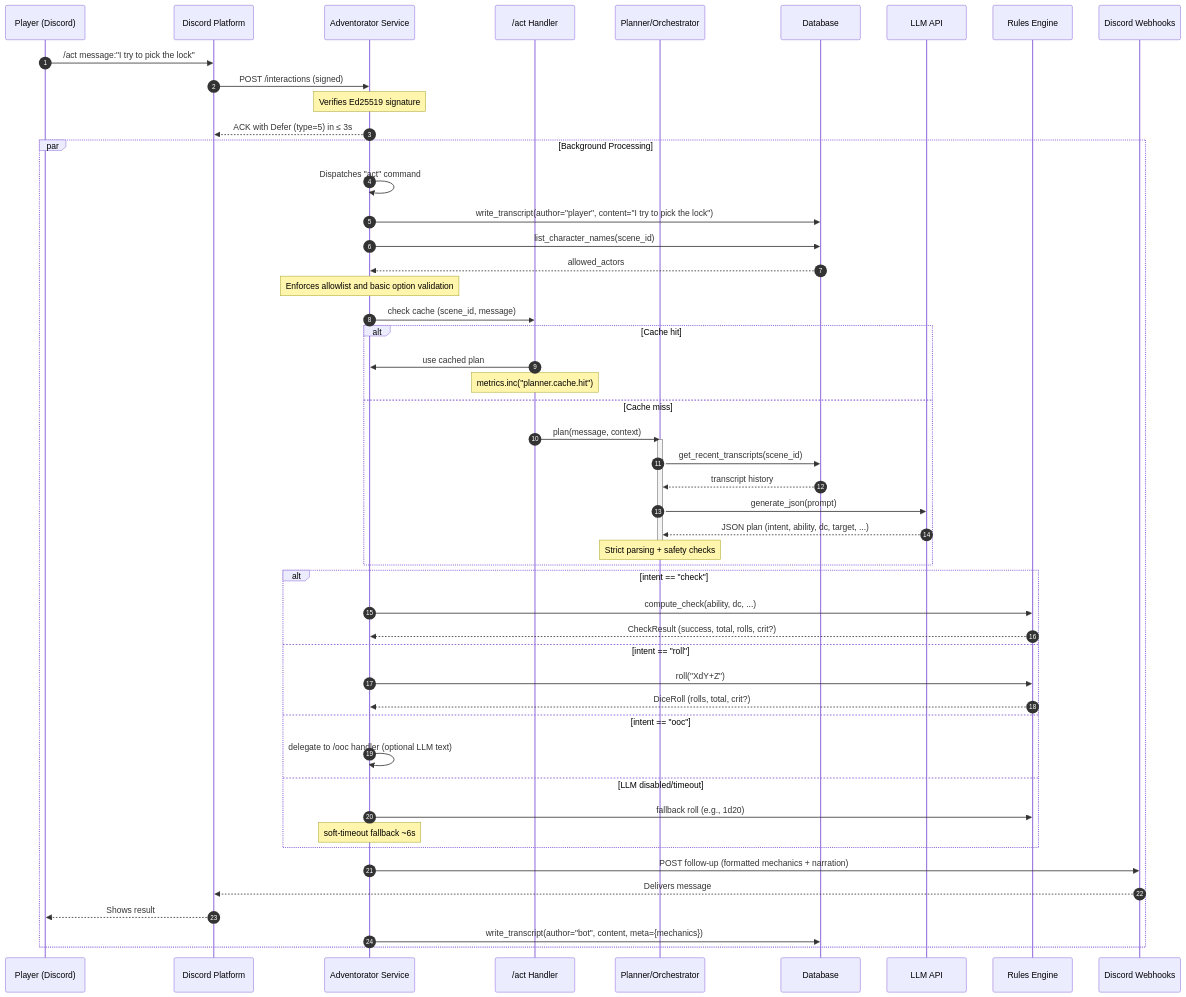
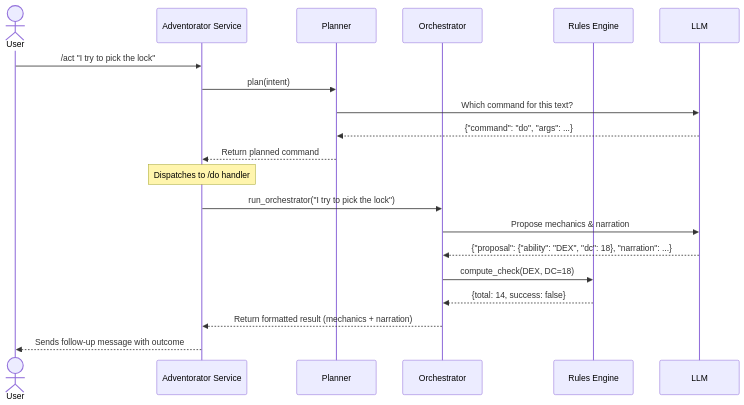
The second of 3 diagrams in README.md (crashtestbrandt/Adventorator), drawn with Mermaid before and after one commit. The commit also changed other lines of this file and 1 other file, not shown here.

Commit message:
Add Architecture section to README

````diff
--- a/README.md
+++ b/README.md
@@ -122,64 +179,26 @@
 ```mermaid
 sequenceDiagram
-  autonumber
-  participant User as Player (Discord)
-  participant Discord as Discord Platform
-  participant API as Adventorator Service
-  participant ACT as /act Handler
-  participant PLAN as Planner/Orchestrator
-  participant DB as Database
-  participant LLM as LLM API
-  participant RULES as Rules Engine
-  participant WH as Discord Webhooks
+    actor User
+    participant App as Adventorator Service
+    participant Planner
+    participant Orchestrator
+    participant RulesEngine as Rules Engine
+    participant LLM
 
-  User->>Discord: /act message:"I try to pick the lock"
-  Discord->>API: POST /interactions (signed)
-  
-  Note over API: Verifies Ed25519 signature
-
-  API-->>Discord: ACK with Defer (type=5) in ≤ 3s
-
-  par Background Processing
-    API->>API: Dispatches "act" command
-
-    API->>DB: write_transcript(author="player", content="I try to pick the lock")
-
-    API->>DB: list_character_names(scene_id)
-    DB-->>API: allowed_actors
-    Note over API: Enforces allowlist and basic option validation
-
-    API->>ACT: check cache (scene_id, message)
-    alt Cache hit
-      ACT->>API: use cached plan
-      Note over ACT: metrics.inc("planner.cache.hit")
-    else Cache miss
-      ACT->>PLAN: plan(message, context)
-      activate PLAN
-        PLAN->>DB: get_recent_transcripts(scene_id)
-        DB-->>PLAN: transcript history
-        PLAN->>LLM: generate_json(prompt)
-        LLM-->>PLAN: JSON plan (intent, ability, dc, target, ...)
-        Note over PLAN: Strict parsing + safety checks
-      deactivate PLAN
-    end
-
-    alt intent == "check"
-      API->>RULES: compute_check(ability, dc, ...)
-      RULES-->>API: CheckResult (success, total, rolls, crit?)
-    else intent == "roll"
-      API->>RULES: roll("XdY+Z")
-      RULES-->>API: DiceRoll (rolls, total, crit?)
-    else intent == "ooc"
-      API->>API: delegate to /ooc handler (optional LLM text)
-    else LLM disabled/timeout
-      API->>RULES: fallback roll (e.g., 1d20)
-      Note over API: soft-timeout fallback ~6s
-    end
-
-    API->>WH: POST follow-up (formatted mechanics + narration)
-    WH-->>Discord: Delivers message
-    Discord-->>User: Shows result
-
-    API->>DB: write_transcript(author="bot", content, meta={mechanics})
-  end
+    User->>App: /act "I try to pick the lock"
+    App->>Planner: plan(intent)
+    Planner->>LLM: Which command for this text?
+    LLM-->>Planner: {"command": "do", "args": ...}
+    Planner-->>App: Return planned command
+    
+    Note over App: Dispatches to /do handler
+    
+    App->>Orchestrator: run_orchestrator("I try to pick the lock")
+    Orchestrator->>LLM: Propose mechanics & narration
+    LLM-->>Orchestrator: {"proposal": {"ability": "DEX", "dc": 18}, "narration": ...}
+    Orchestrator->>RulesEngine: compute_check(DEX, DC=18)
+    RulesEngine-->>Orchestrator: {total: 14, success: false}
+    Orchestrator-->>App: Return formatted result (mechanics + narration)
+    
+    App-->>User: Sends follow-up message with outcome
 ```
````
